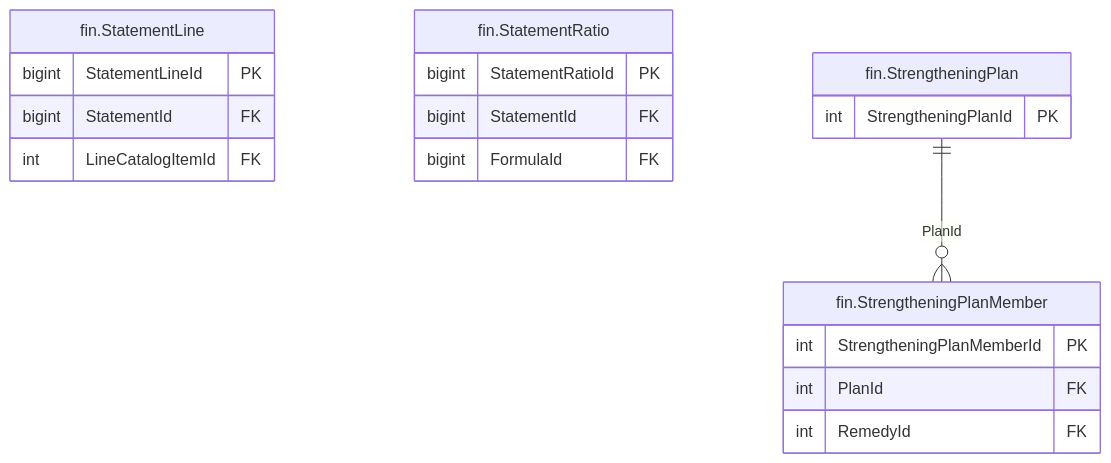
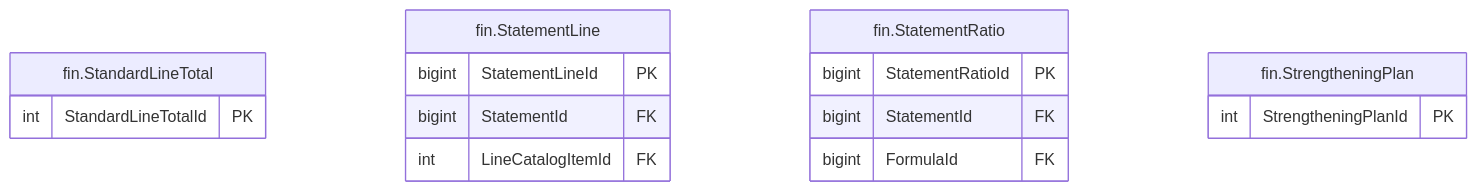
Before and after one commit to thawrasy/smartlines: the diagram in treasury-platform/docs/diagrams/erd/m5_financials_13.mmd, drawn with Mermaid. The commit also changed 142 other files, not shown here.

```diff
--- a/treasury-platform/docs/diagrams/erd/m5_financials_13.mmd
+++ b/treasury-platform/docs/diagrams/erd/m5_financials_13.mmd
@@ -1,21 +1,18 @@
-%% م5 · البيانات المالية والأرصدة (13/13) — Financial statements & balances
+%% م5 · البيانات المالية والأرصدة (13/14) — Financial statements & balances
 erDiagram
+  fin_StandardLineTotal["fin.StandardLineTotal"] {
+    int StandardLineTotalId PK
+  }
   fin_StatementLine["fin.StatementLine"] {
     bigint StatementLineId PK
     bigint StatementId FK
     int LineCatalogItemId FK
   }
   fin_StatementRatio["fin.StatementRatio"] {
     bigint StatementRatioId PK
     bigint StatementId FK
     bigint FormulaId FK
   }
   fin_StrengtheningPlan["fin.StrengtheningPlan"] {
     int StrengtheningPlanId PK
   }
-  fin_StrengtheningPlanMember["fin.StrengtheningPlanMember"] {
-    int StrengtheningPlanMemberId PK
-    int PlanId FK
-    int RemedyId FK
-  }
-  fin_StrengtheningPlan ||--o{ fin_StrengtheningPlanMember : "PlanId"
```
